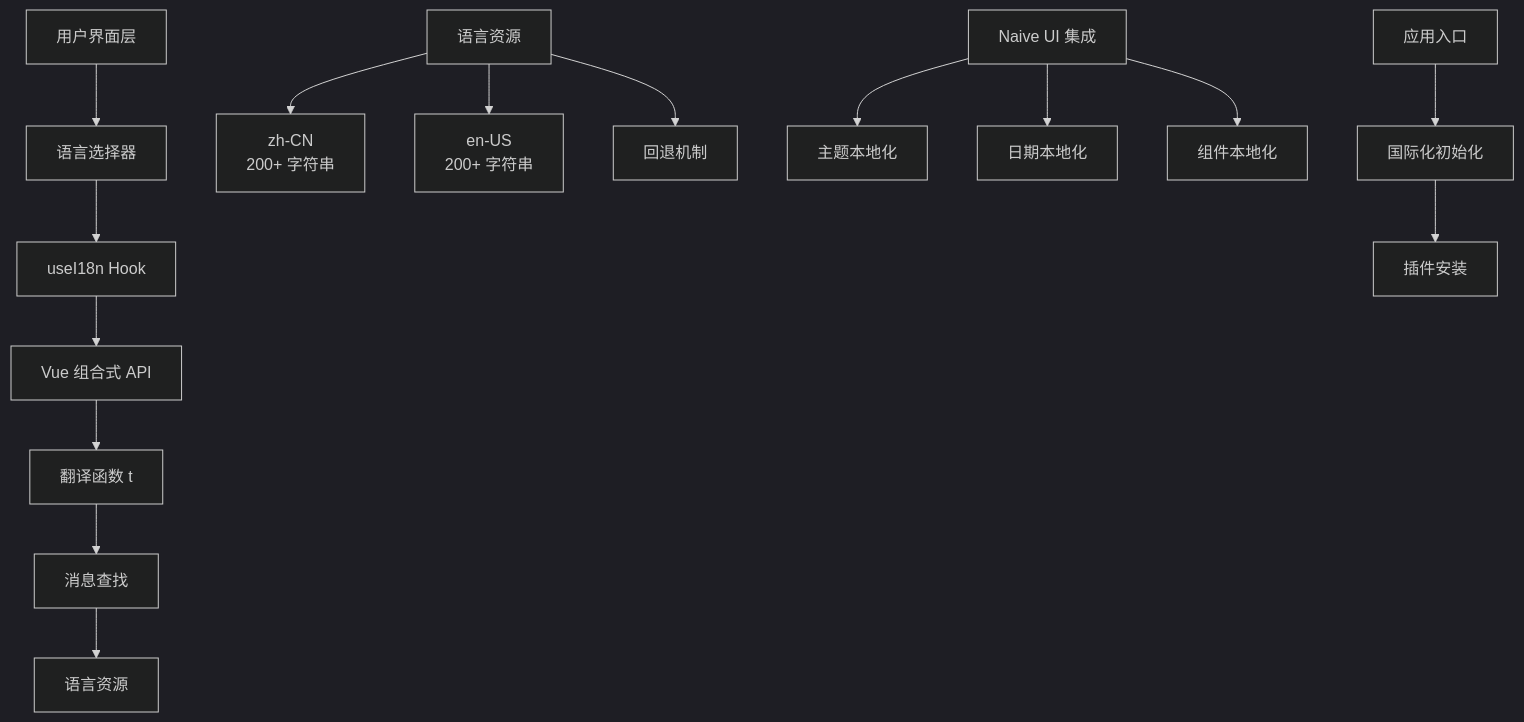
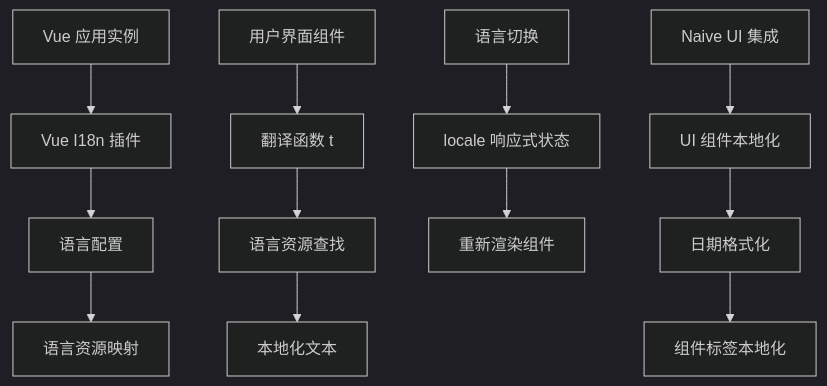
One commit to itsharex/NexTunnel changed the second of 6 diagrams in .qoder/repowiki/zh/content/桌面端应用/前端界面系统/国际化系统.md. Above: the diagram before and after it, drawn with Mermaid (dark theme). The commit also changed other lines of this file and 48 other files, not shown here.

````diff
--- a/.qoder/repowiki/zh/content/桌面端应用/前端界面系统/国际化系统.md
+++ b/.qoder/repowiki/zh/content/桌面端应用/前端界面系统/国际化系统.md
@@ -107,17 +96,14 @@
 ```mermaid
 graph TD
-A[用户界面层] --> B[语言选择器]
-B --> C[useI18n Hook]
-C --> D[Vue 组合式 API]
-D --> E[翻译函数 t]
-E --> F[消息查找]
-F --> G[语言资源]
-H[语言资源] --> I[zh-CN<br/>200+ 字符串]
-H --> J[en-US<br/>200+ 字符串]
-H --> K[回退机制]
-L[Naive UI 集成] --> M[主题本地化]
-L --> N[日期本地化]
-L --> O[组件本地化]
-P[应用入口] --> Q[国际化初始化]
-Q --> R[插件安装]
+A[Vue 应用实例] --> B[Vue I18n 插件]
+B --> C[语言配置]
+C --> D[语言资源映射]
+E[用户界面组件] --> F[翻译函数 t]
+F --> G[语言资源查找]
+G --> H[本地化文本]
+I[语言切换] --> J[locale 响应式状态]
+J --> K[重新渲染组件]
+L[Naive UI 集成] --> M[UI 组件本地化]
+M --> N[日期格式化]
+N --> O[组件标签本地化]
 ```
````
